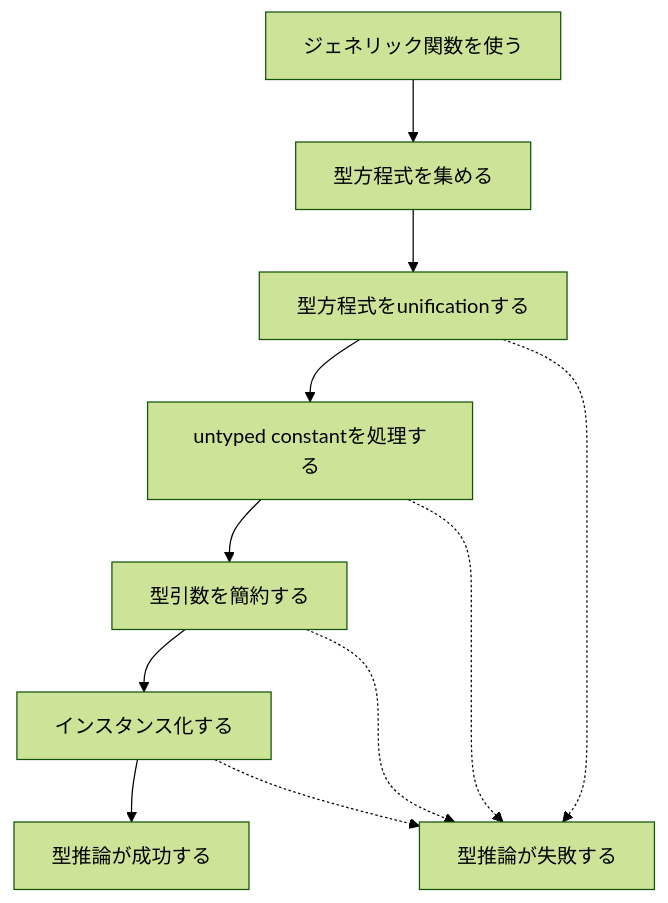
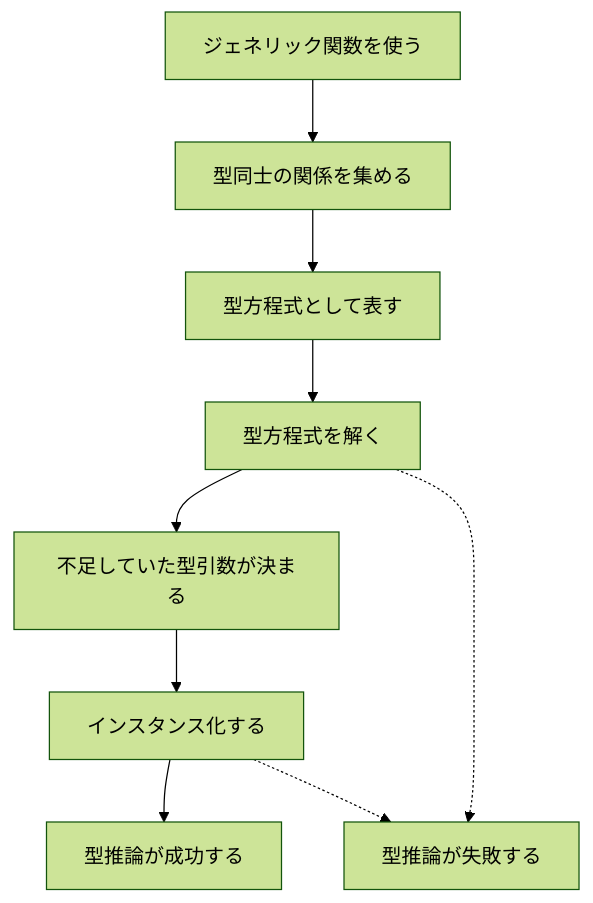
One commit to nobishino/zenn changed the diagram in books/go-type-inference/2.type-inference-overview.md. Above: the diagram before and after it, drawn with Mermaid (forest theme). The commit also changed other lines of this file, not shown here.

````diff
--- a/books/go-type-inference/2.type-inference-overview.md
+++ b/books/go-type-inference/2.type-inference-overview.md
@@ -154,13 +170,11 @@
 ```mermaid
 flowchart TD
-    A["ジェネリック関数を使う"] --> B["型方程式を集める"]
-    B --> C["型方程式をunificationする"]
-    C --> D["untyped constantを処理する"]
-    D --> E["型引数を簡約する"]
+    A["ジェネリック関数を使う"] --> B["型同士の関係を集める"]
+    B --> C["型方程式として表す"]
+    C --> D["型方程式を解く"]
+    D --> E["不足していた型引数が決まる"]
     E --> F["インスタンス化する"]
     F --> G["型推論が成功する"]
-    C -.-> X["型推論が失敗する"]
-    D -.-> X
-    E -.-> X
+    D -.-> X["型推論が失敗する"]
     F -.-> X
 ```
````
